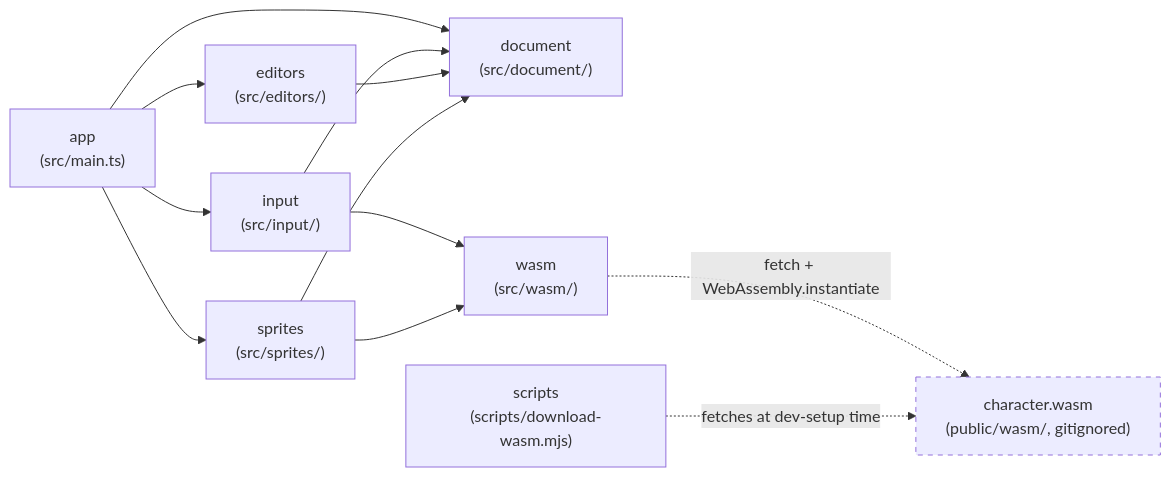
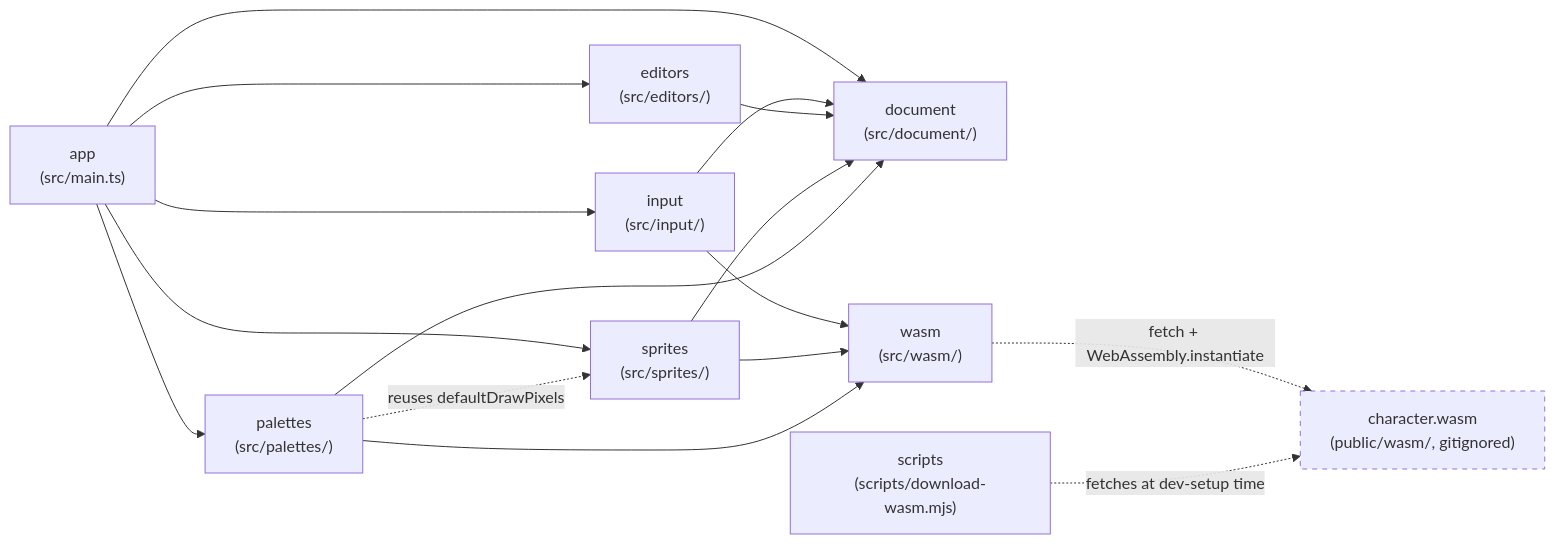
Before and after one commit to openkakutou/character-editor: the diagram in docs/architecture.md, drawn with Mermaid. The commit also changed other lines of this file and 17 other files, not shown here.

````diff
--- a/docs/architecture.md
+++ b/docs/architecture.md
@@ -13,16 +13,20 @@
 ```mermaid
 flowchart LR
     app["app\n(src/main.ts)"] --> input["input\n(src/input/)"]
     app --> document["document\n(src/document/)"]
     app --> editors["editors\n(src/editors/)"]
     app --> sprites["sprites\n(src/sprites/)"]
+    app --> palettes["palettes\n(src/palettes/)"]
     input --> wasm["wasm\n(src/wasm/)"]
     input --> document
     editors --> document
     sprites --> document
     sprites --> wasm
+    palettes --> document
+    palettes --> wasm
+    palettes -.->|reuses defaultDrawPixels| sprites
     wasm -.->|fetch + WebAssembly.instantiate| module["character.wasm\n(public/wasm/, gitignored)"]
     scripts["scripts\n(scripts/download-wasm.mjs)"] -.->|fetches at dev-setup time| module
 
     style module stroke-dasharray: 5 5
 ```
````
